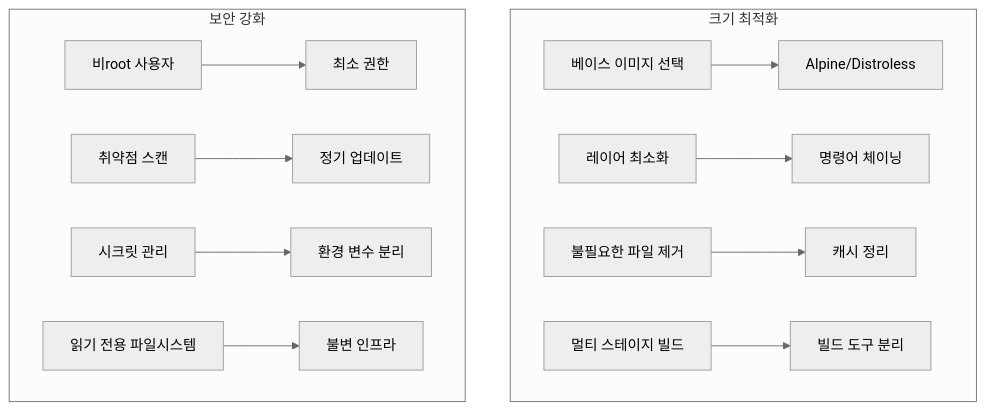
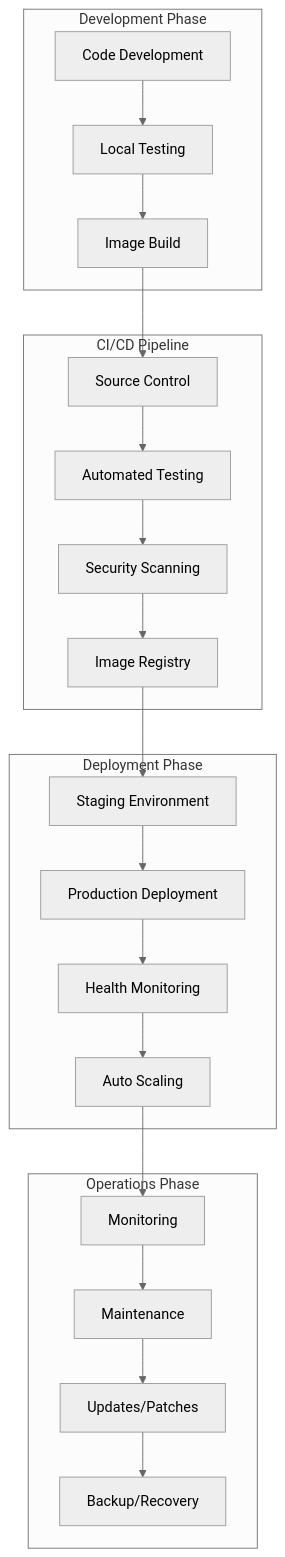
One commit to niceguy61/kdt_devops_lecture_2025 changed the first of 2 diagrams in week_02/day_02/session_07.md. Above: the diagram before and after it, drawn with Mermaid (neutral theme). The commit also changed other lines of this file and 41 other files, not shown here.

````diff
--- a/week_02/day_02/session_07.md
+++ b/week_02/day_02/session_07.md
@@ -15,16 +15,29 @@
 ```mermaid
 graph TB
-    subgraph "크기 최적화"
-        A[베이스 이미지 선택] --> B[Alpine/Distroless]
-        C[레이어 최소화] --> D[명령어 체이닝]
-        E[불필요한 파일 제거] --> F[캐시 정리]
-        G[멀티 스테이지 빌드] --> H[빌드 도구 분리]
+    subgraph "Development Phase"
+        A[Code Development] --> B[Local Testing]
+        B --> C[Image Build]
     end
     
-    subgraph "보안 강화"
-        I[비root 사용자] --> J[최소 권한]
-        K[취약점 스캔] --> L[정기 업데이트]
-        M[시크릿 관리] --> N[환경 변수 분리]
-        O[읽기 전용 파일시스템] --> P[불변 인프라]
+    subgraph "CI/CD Pipeline"
+        D[Source Control] --> E[Automated Testing]
+        E --> F[Security Scanning]
+        F --> G[Image Registry]
     end
+    
+    subgraph "Deployment Phase"
+        H[Staging Environment] --> I[Production Deployment]
+        I --> J[Health Monitoring]
+        J --> K[Auto Scaling]
+    end
+    
+    subgraph "Operations Phase"
+        L[Monitoring] --> M[Maintenance]
+        M --> N[Updates/Patches]
+        N --> O[Backup/Recovery]
+    end
+    
+    C --> D
+    G --> H
+    K --> L
 ```
````
